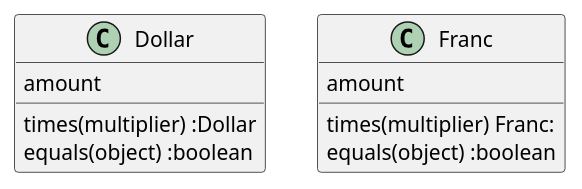
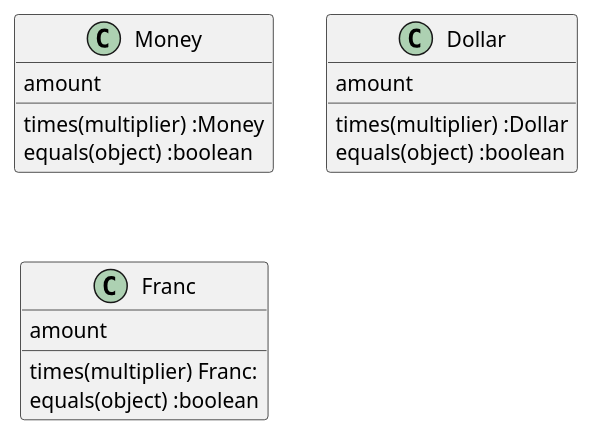
One commit to hiroshima-arc/pragmatic_programing changed the diagram in docs/src/spec/the_money_example.adoc. Above: the diagram before and after it, drawn with PlantUML. The commit also changed 4 other files, not shown here.

```diff
--- a/docs/src/spec/the_money_example.adoc
+++ b/docs/src/spec/the_money_example.adoc
@@ -55,14 +55,19 @@
 [plantuml]
 ----
+class Money {
+  amount
+  times(multiplier) :Money
+  equals(object) :boolean
+}
 class Dollar {
   amount
   times(multiplier) :Dollar
   equals(object) :boolean
 }
 
 class Franc {
   amount
   times(multiplier) Franc:
   equals(object) :boolean
 }
 ----
```
